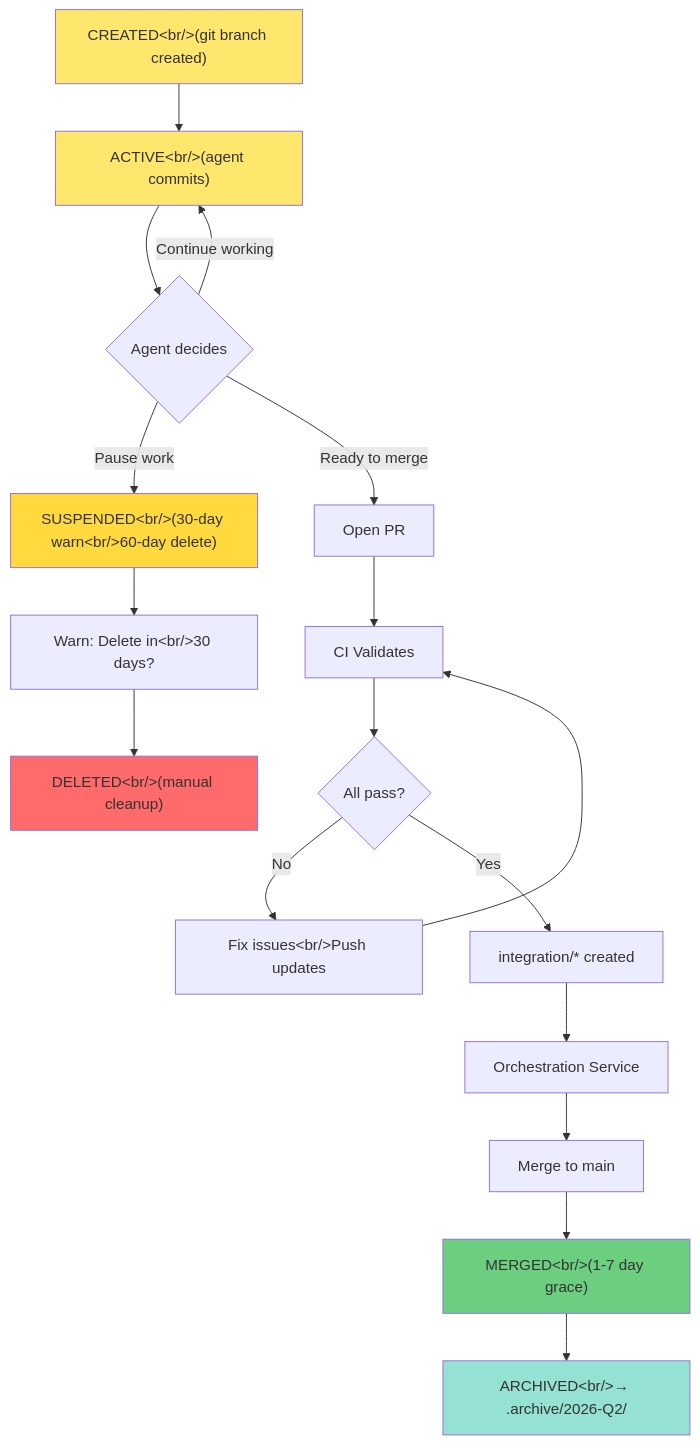
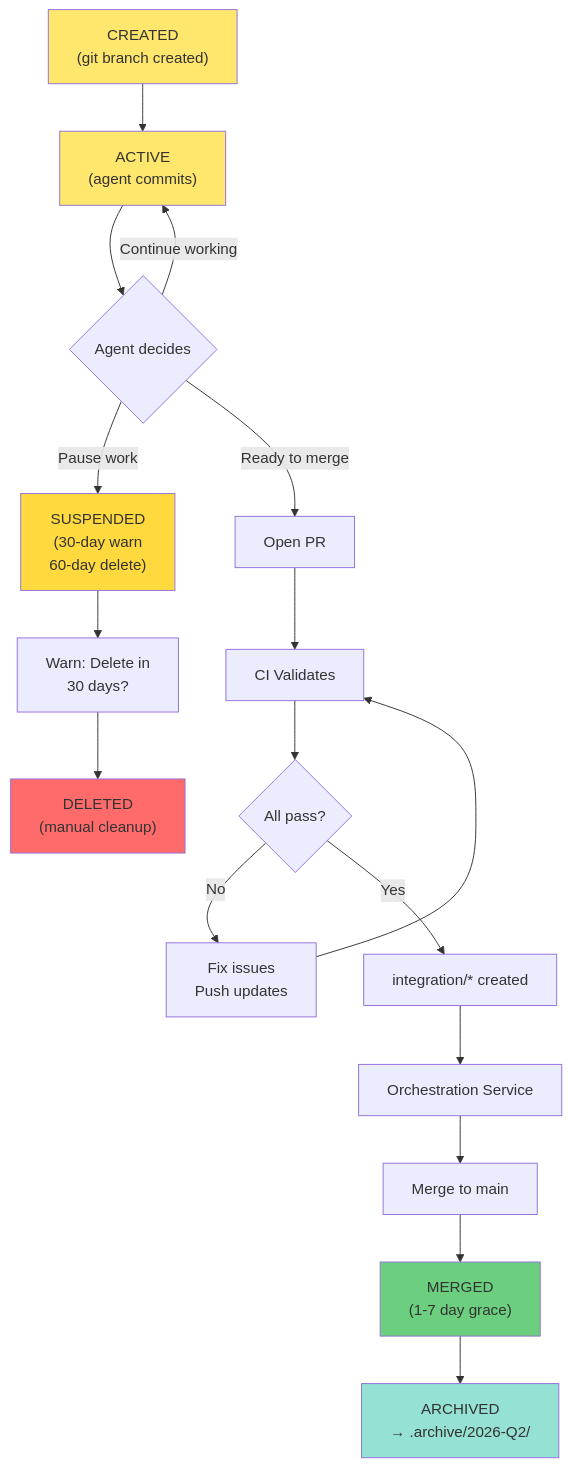
The second of 3 diagrams in docs/reference/SSOT_VISUAL_GUIDE.md (KooshaPari/HexaKit), drawn with Mermaid before and after one commit. The commit also changed other lines of this file and 203 other files, not shown here.

````diff
--- a/docs/reference/SSOT_VISUAL_GUIDE.md
+++ b/docs/reference/SSOT_VISUAL_GUIDE.md
@@ -124,32 +124,32 @@
 ```mermaid
 graph TD
-    A["CREATED&lt;br/&gt;(git branch created)"] --> B["ACTIVE&lt;br/&gt;(agent commits)"]
+    A["CREATED<br/>(git branch created)"] --> B["ACTIVE<br/>(agent commits)"]
     B --> C{"Agent decides"}
 
     C -->|Continue working| B
-    C -->|Pause work| D["SUSPENDED&lt;br/&gt;(30-day warn&lt;br/&gt;60-day delete)"]
+    C -->|Pause work| D["SUSPENDED<br/>(30-day warn<br/>60-day delete)"]
     C -->|Ready to merge| E["Open PR"]
 
     E --> F["CI Validates"]
     F --> G{"All pass?"}
 
-    G -->|No| H["Fix issues&lt;br/&gt;Push updates"]
+    G -->|No| H["Fix issues<br/>Push updates"]
     H --> F
 
     G -->|Yes| I["integration/* created"]
     I --> J["Orchestration Service"]
     J --> K["Merge to main"]
 
-    K --> L["MERGED&lt;br/&gt;(1-7 day grace)"]
-    L --> M["ARCHIVED&lt;br/&gt;→ .archive/2026-Q2/"]
+    K --> L["MERGED<br/>(1-7 day grace)"]
+    L --> M["ARCHIVED<br/>→ .archive/2026-Q2/"]
 
-    D --> N["Warn: Delete in&lt;br/&gt;30 days?"]
-    N --> O["DELETED&lt;br/&gt;(manual cleanup)"]
+    D --> N["Warn: Delete in<br/>30 days?"]
+    N --> O["DELETED<br/>(manual cleanup)"]
 
     style A fill:#ffe66d
     style B fill:#ffe66d
     style D fill:#ffd93d
     style L fill:#6bcf7f
     style M fill:#95e1d3
     style O fill:#ff6b6b
 ```
````
